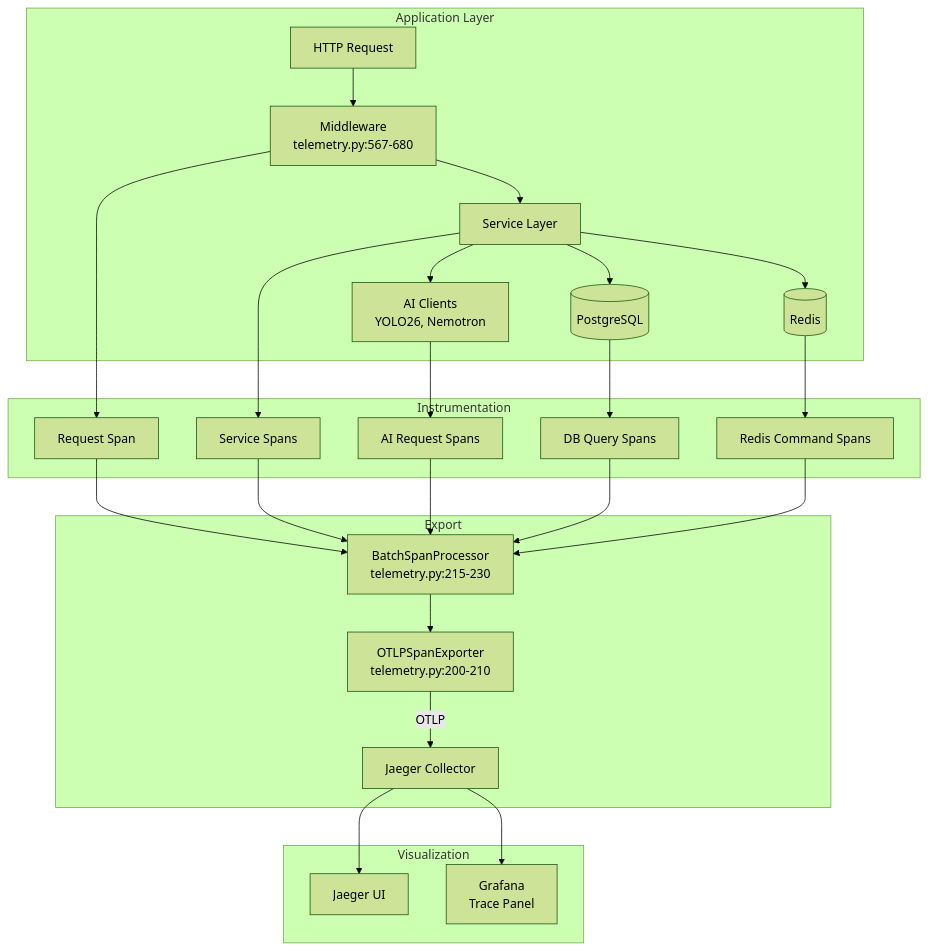
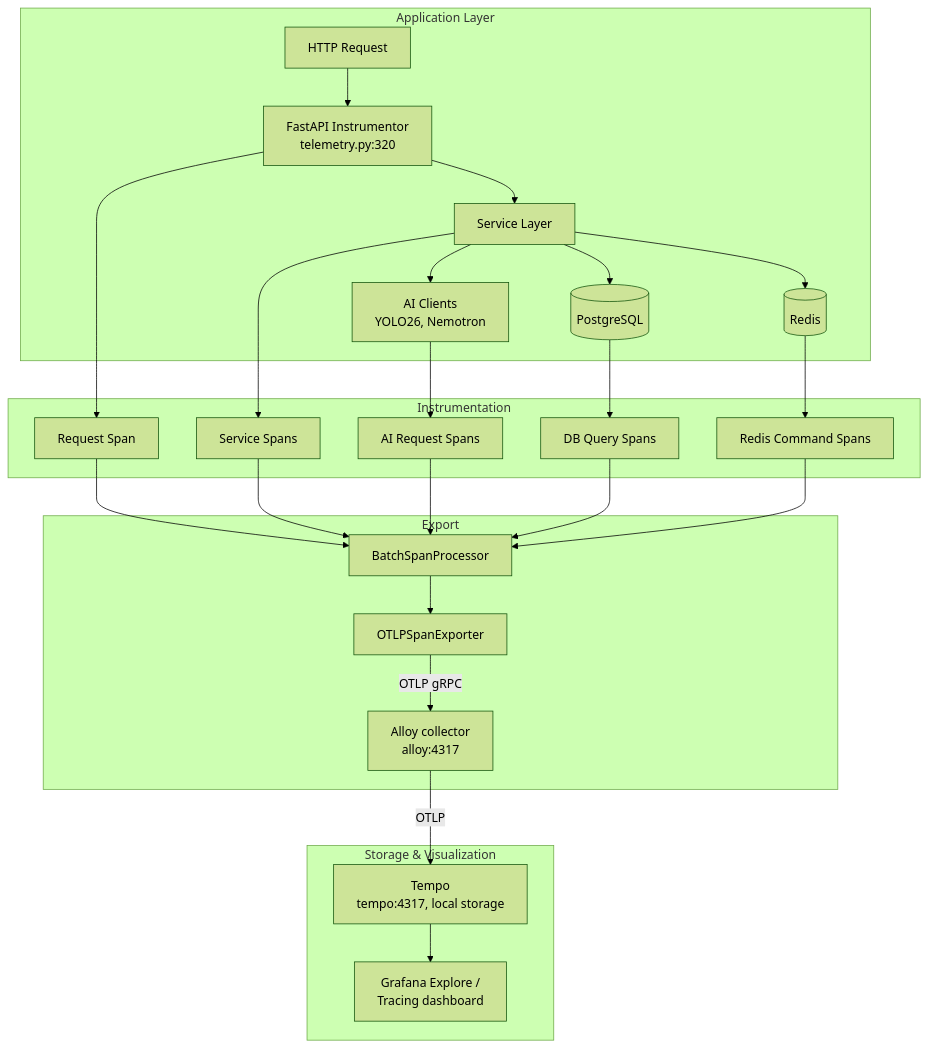
The diagram in docs/architecture/observability/distributed-tracing.md (mikesvoboda/nemotron-v3-home-security-intelligence), drawn with Mermaid (forest theme) before and after one commit. The commit also changed other lines of this file and 313 other files, not shown here.

````diff
--- a/docs/architecture/observability/distributed-tracing.md
+++ b/docs/architecture/observability/distributed-tracing.md
@@ -21,33 +27,33 @@
 ```mermaid
 graph TD
     subgraph "Application Layer"
-        REQ[HTTP Request] --> MW[Middleware<br/>telemetry.py:567-680]
+        REQ[HTTP Request] --> MW[FastAPI Instrumentor<br/>telemetry.py:320]
         MW --> SVC[Service Layer]
         SVC --> AI[AI Clients<br/>YOLO26, Nemotron]
         SVC --> DB[(PostgreSQL)]
         SVC --> REDIS[(Redis)]
     end
 
     subgraph "Instrumentation"
         MW --> SPAN1[Request Span]
         SVC --> SPAN2[Service Spans]
         AI --> SPAN3[AI Request Spans]
         DB --> SPAN4[DB Query Spans]
         REDIS --> SPAN5[Redis Command Spans]
     end
 
     subgraph "Export"
-        SPAN1 --> PROC[BatchSpanProcessor<br/>telemetry.py:215-230]
+        SPAN1 --> PROC[BatchSpanProcessor]
         SPAN2 --> PROC
         SPAN3 --> PROC
         SPAN4 --> PROC
         SPAN5 --> PROC
-        PROC --> EXP[OTLPSpanExporter<br/>telemetry.py:200-210]
-        EXP --> |OTLP| JAEG[Jaeger Collector]
+        PROC --> EXP[OTLPSpanExporter]
+        EXP --> |OTLP gRPC| ALLOY[Alloy collector<br/>alloy:4317]
     end
 
-    subgraph "Visualization"
-        JAEG --> UI[Jaeger UI]
-        JAEG --> GRAF[Grafana<br/>Trace Panel]
+    subgraph "Storage & Visualization"
+        ALLOY --> |OTLP| TEMPO[Tempo<br/>tempo:4317, local storage]
+        TEMPO --> GRAF[Grafana Explore /<br/>Tracing dashboard]
     end
 ```
````
